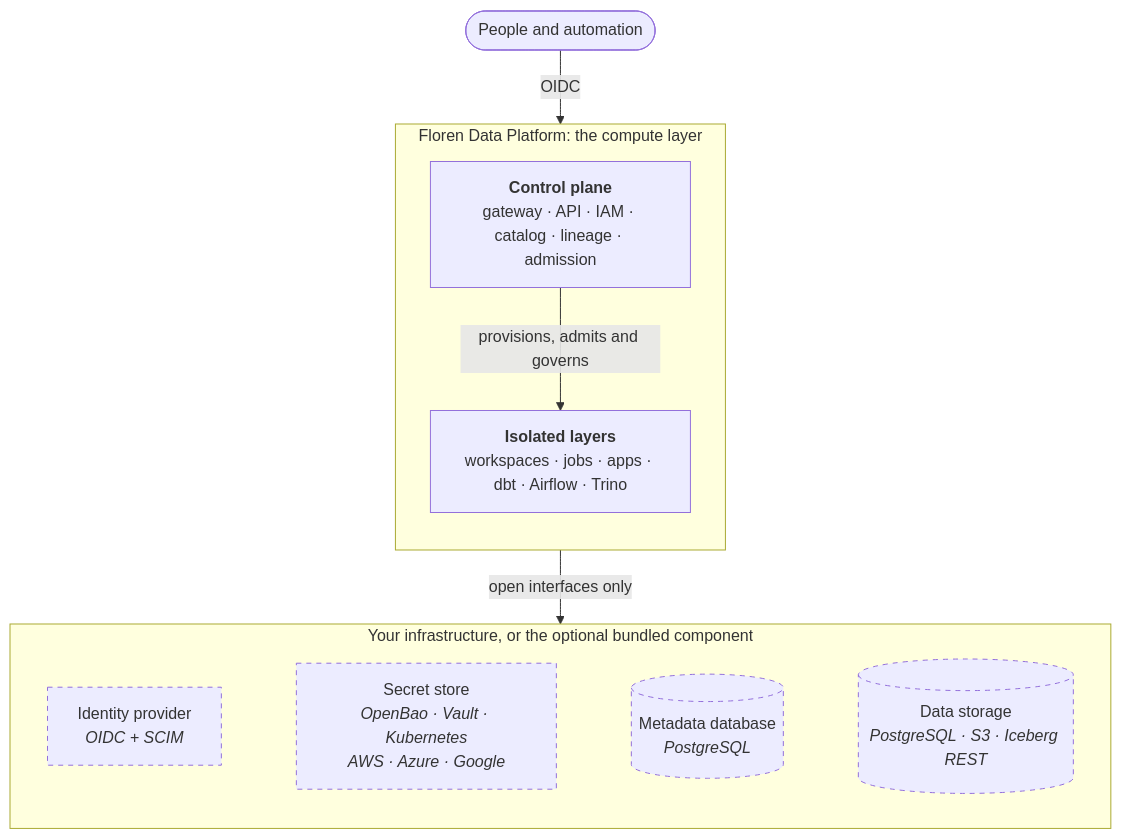
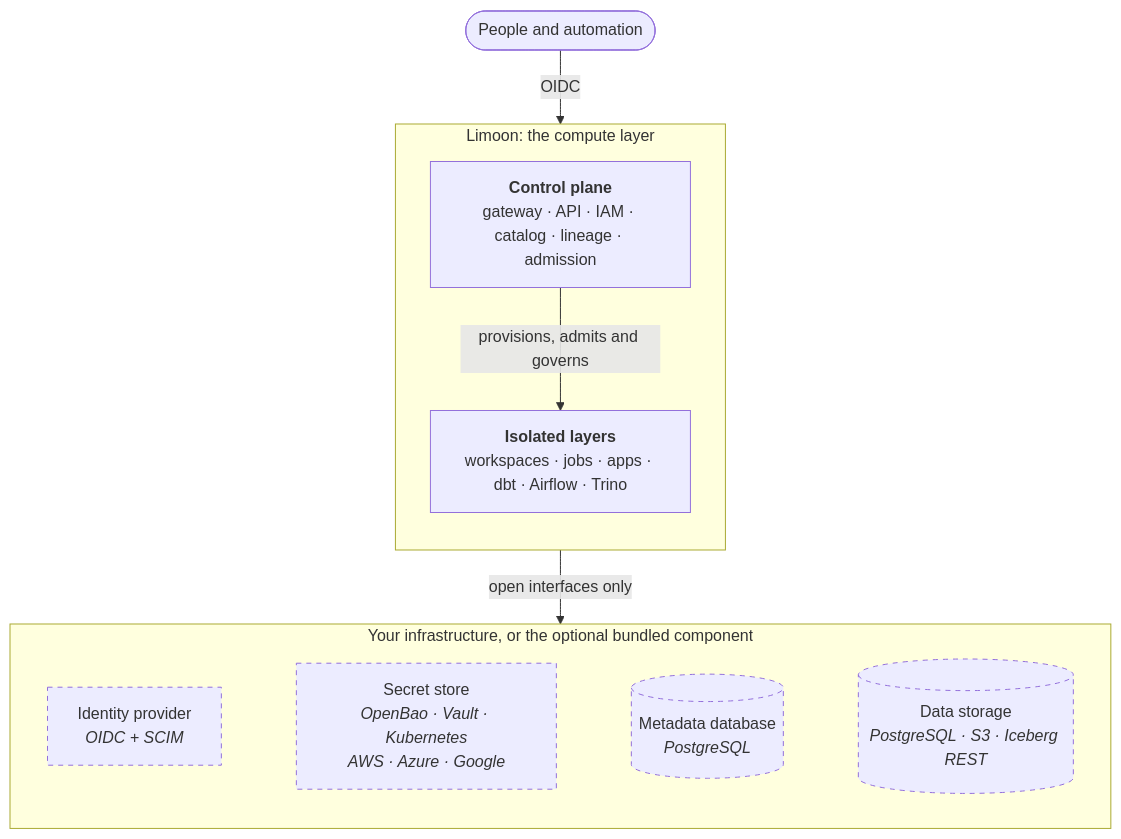
The diagram in docs/architecture/index.md (Floren-App/floren-data-platform-public), drawn with Mermaid before and after one commit. The commit also changed other lines of this file and 203 other files, not shown here.

First line of the commit message:
limoon.: brand, clearer group access, layer note, theme choice (#36)

````diff
--- a/docs/architecture/index.md
+++ b/docs/architecture/index.md
@@ -75,22 +75,22 @@
 ```mermaid
 flowchart TB
     people(["People and automation"])
-    subgraph fdp["Floren Data Platform: the compute layer"]
+    subgraph fdp["Limoon: the compute layer"]
         direction TB
         cp["<b>Control plane</b><br/>gateway · API · IAM · catalog · lineage · admission"]
         layers["<b>Isolated layers</b><br/>workspaces · jobs · apps · dbt · Airflow · Trino"]
         cp -- "provisions, admits and governs" --> layers
     end
     subgraph byo["Your infrastructure, or the optional bundled component"]
         direction LR
         idp["Identity provider<br/><i>OIDC + SCIM</i>"]
         secrets["Secret store<br/><i>OpenBao · Vault · Kubernetes<br/>AWS · Azure · Google</i>"]
         meta[("Metadata database<br/><i>PostgreSQL</i>")]
         data[("Data storage<br/><i>PostgreSQL · S3 · Iceberg REST</i>")]
         idp ~~~ secrets ~~~ meta ~~~ data
     end
     people -- "OIDC" --> fdp
     fdp -- "open interfaces only" --> byo
     classDef byo stroke-dasharray: 5 5
     class idp,secrets,meta,data byo
 ```
````
